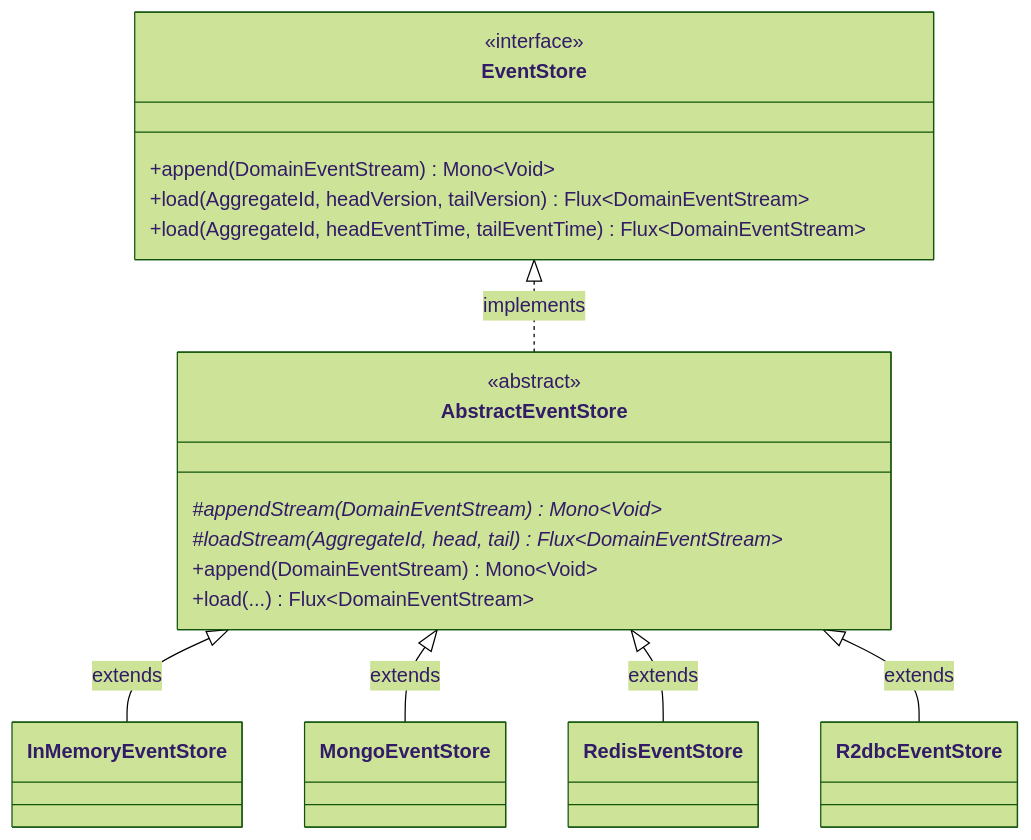
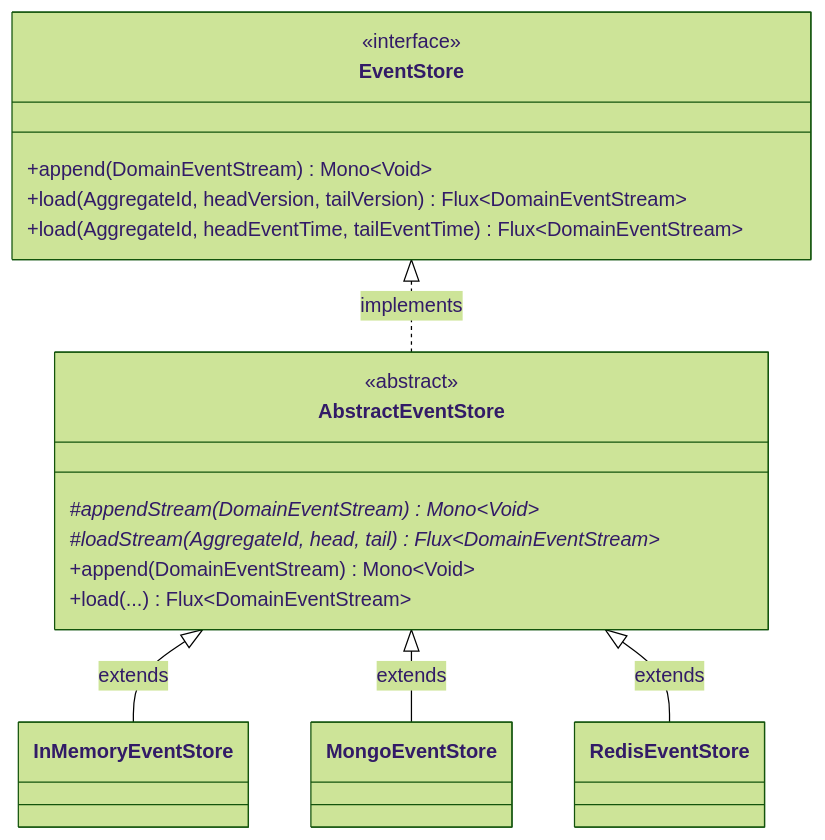
One commit to Ahoo-Wang/Wow changed the third of 4 diagrams in documentation/docs/en/guide/eventstore.md. Above: the diagram before and after it, drawn with Mermaid (forest theme). The commit also changed other lines of this file and 92 other files, not shown here.

````diff
--- a/documentation/docs/en/guide/eventstore.md
+++ b/documentation/docs/en/guide/eventstore.md
@@ -132,26 +132,24 @@
 ```mermaid
 classDiagram
     class EventStore {
         <<interface>>
         +append(DomainEventStream) Mono~Void~
         +load(AggregateId, headVersion, tailVersion) Flux~DomainEventStream~
         +load(AggregateId, headEventTime, tailEventTime) Flux~DomainEventStream~
     }
     class AbstractEventStore {
         <<abstract>>
         #appendStream(DomainEventStream)* Mono~Void~
         #loadStream(AggregateId, head, tail)* Flux~DomainEventStream~
         +append(DomainEventStream) Mono~Void~
         +load(...) Flux~DomainEventStream~
     }
     class InMemoryEventStore
     class MongoEventStore
     class RedisEventStore
-    class R2dbcEventStore
 
     EventStore <|.. AbstractEventStore : implements
     AbstractEventStore <|-- InMemoryEventStore : extends
     AbstractEventStore <|-- MongoEventStore : extends
     AbstractEventStore <|-- RedisEventStore : extends
-    AbstractEventStore <|-- R2dbcEventStore : extends
 ```
````
